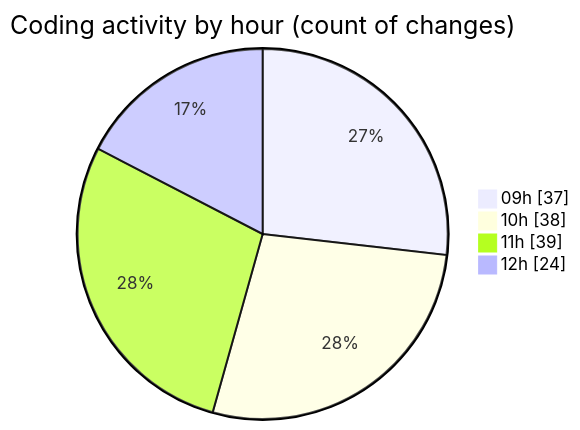
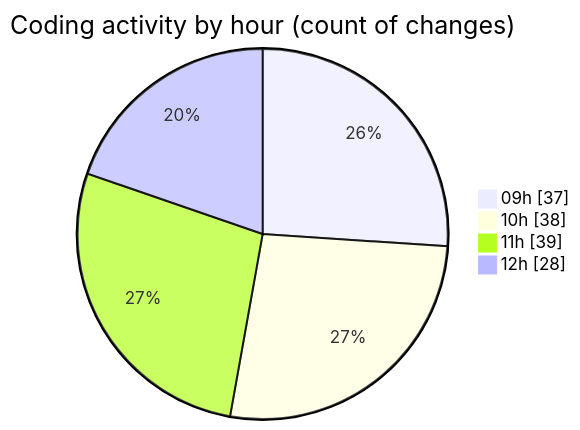
One commit to momahboobian/code-tracking changed the second of 2 diagrams in 2025-02-12/cda/README.md. Above: the diagram before and after it, drawn with Mermaid. The commit also changed other lines of this file and 1 other file, not shown here.

````diff
--- a/2025-02-12/cda/README.md
+++ b/2025-02-12/cda/README.md
@@ -32,8 +32,8 @@
 ```mermaid
 pie showData
 title Coding activity by hour (count of changes)
 "09h" : 37
 "10h" : 38
 "11h" : 39
-"12h" : 24
+"12h" : 28
 ```
````
